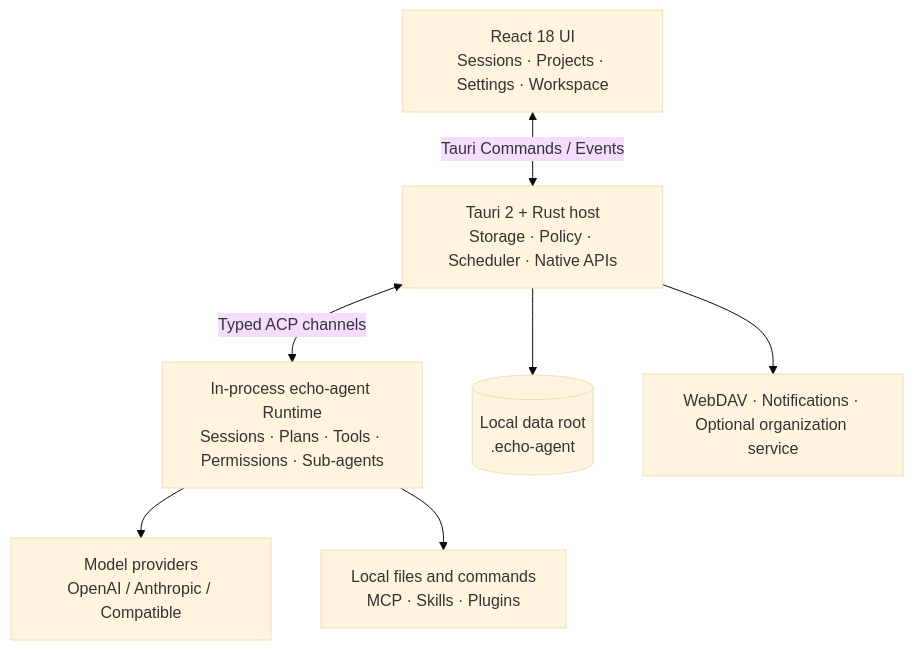
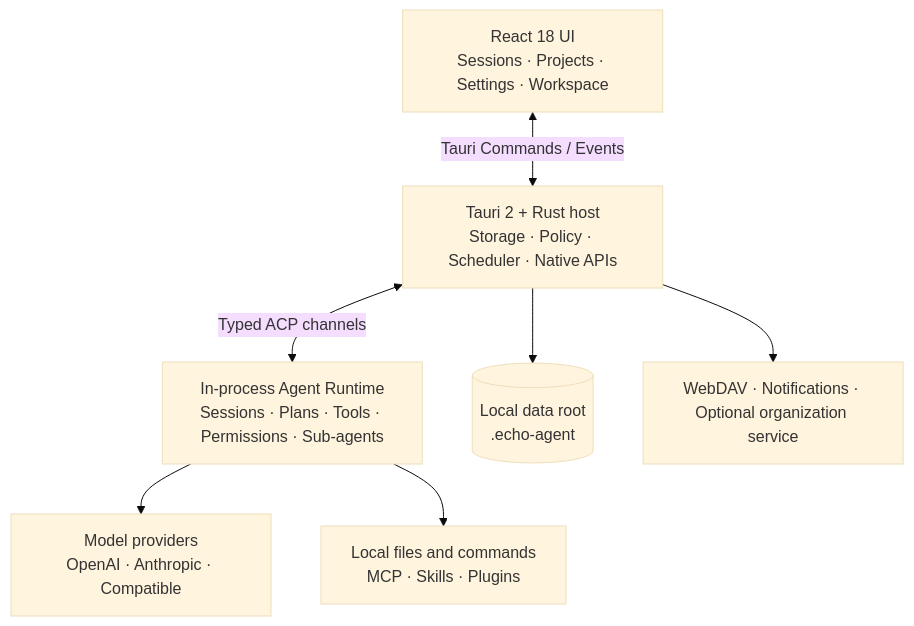
The diagram in README.en.md (fuyuxiang/echo-agent-desktop), drawn with Mermaid (base theme) before and after one commit. The commit also changed other lines of this file and 1 other file, not shown here.

````diff
--- a/README.en.md
+++ b/README.en.md
@@ -196,9 +142,9 @@
 ```mermaid
 flowchart TB
     UI[React 18 UI<br/>Sessions · Projects · Settings · Workspace] <-->|Tauri Commands / Events| HOST[Tauri 2 + Rust host<br/>Storage · Policy · Scheduler · Native APIs]
-    HOST <-->|Typed ACP channels| RUNTIME[In-process echo-agent Runtime<br/>Sessions · Plans · Tools · Permissions · Sub-agents]
-    RUNTIME --> MODELS[Model providers<br/>OpenAI / Anthropic / Compatible]
+    HOST <-->|Typed ACP channels| RUNTIME[In-process Agent Runtime<br/>Sessions · Plans · Tools · Permissions · Sub-agents]
+    RUNTIME --> MODELS[Model providers<br/>OpenAI · Anthropic · Compatible]
     RUNTIME --> TOOLS[Local files and commands<br/>MCP · Skills · Plugins]
     HOST --> DATA[(Local data root<br/>.echo-agent)]
     HOST --> EXT[WebDAV · Notifications · Optional organization service]
 ```
````
